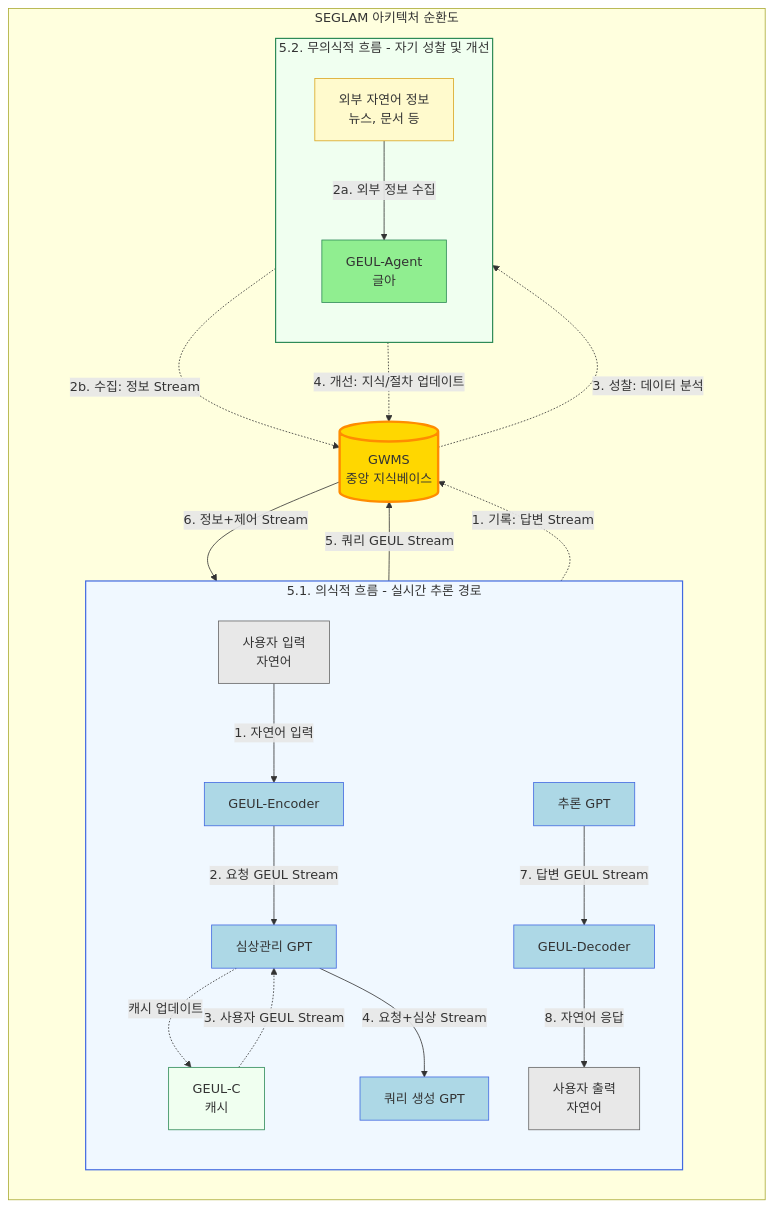
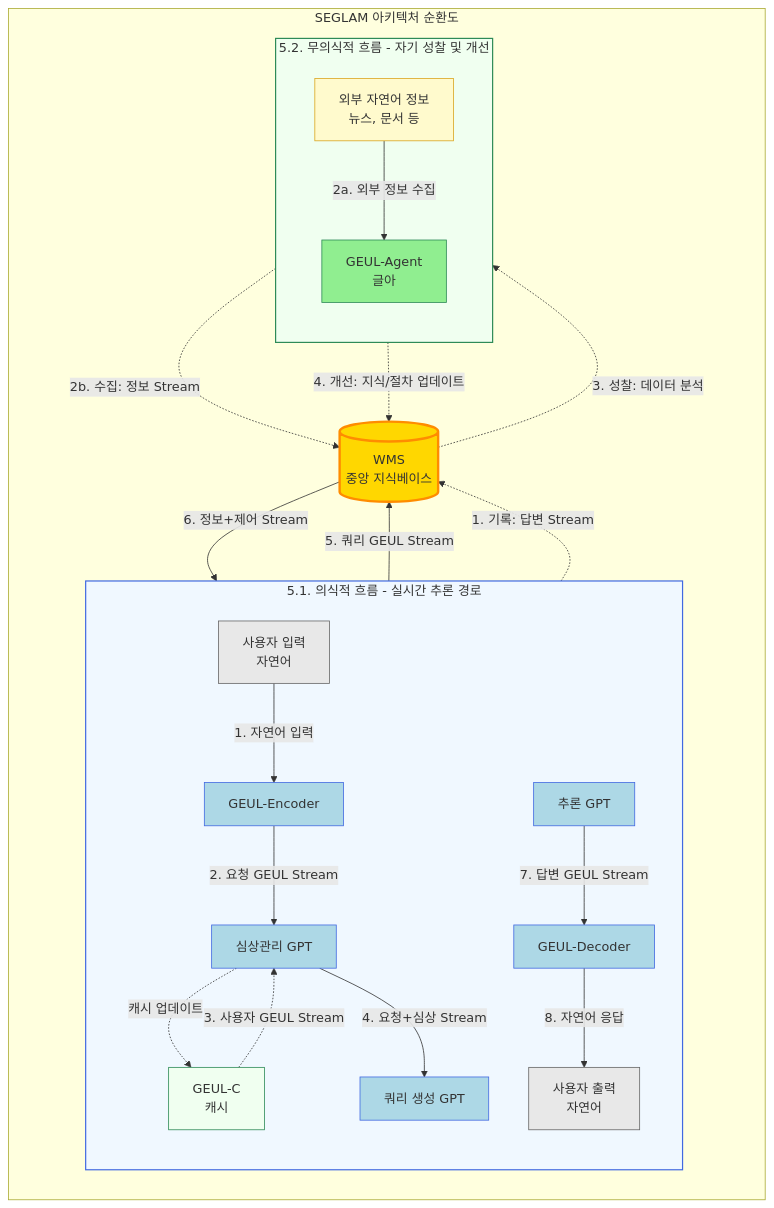
The diagram in docs/GEUL 개요서.md (park-jun-woo/geul), drawn with Mermaid before and after one commit. The commit also changed other lines of this file and 41 other files, not shown here.

Commit message:
GWMS → WMS 용어 변경

````diff
--- a/docs/GEUL 개요서.md
+++ b/docs/GEUL 개요서.md
@@ -133,63 +133,63 @@
 ```mermaid
 graph TD
     %% 전체 레이아웃
     subgraph cluster_seglam ["SEGLAM 아키텍처 순환도"]
         direction TB
 
         %% 5.1. 의식적 흐름 - 실시간 추론 경로
         subgraph cluster_conscious ["5.1. 의식적 흐름 - 실시간 추론 경로"]
             direction TB
             style cluster_conscious fill:#f0f8ff,stroke:#4169e1,stroke-width:1.5px
 
             user_in["사용자 입력<br/>자연어"] -->|"1. 자연어 입력"| encoder["GEUL-Encoder"]
             encoder -->|"2. 요청 GEUL Stream"| simsang["심상관리 GPT"]
             
             geul_c["GEUL-C<br/>캐시"] -.->|"3. 사용자 GEUL Stream"| simsang
             simsang -.->|"캐시 업데이트"| geul_c
 
             simsang -->|"4. 요청+심상 Stream"| query["쿼리 생성 GPT"]
             inference["추론 GPT"] -->|"7. 답변 GEUL Stream"| decoder["GEUL-Decoder"]
             decoder -->|"8. 자연어 응답"| user_out["사용자 출력<br/>자연어"]
 
             %% 노드 스타일
             style user_in fill:#e8e8e8,stroke:#666
             style user_out fill:#e8e8e8,stroke:#666
             style encoder fill:#add8e6,stroke:#4169e1
             style simsang fill:#add8e6,stroke:#4169e1
             style query fill:#add8e6,stroke:#4169e1
             style inference fill:#add8e6,stroke:#4169e1
             style decoder fill:#add8e6,stroke:#4169e1
             style geul_c fill:#f0fff0,stroke:#2e8b57
         end
 
         %% 5.2. 무의식적 흐름 - 자기 성찰 및 개선
         subgraph cluster_unconscious ["5.2. 무의식적 흐름 - 자기 성찰 및 개선"]
             direction TB
             style cluster_unconscious fill:#f0fff0,stroke:#2e8b57,stroke-width:1.5px
 
             external["외부 자연어 정보<br/>뉴스, 문서 등"] -->|"2a. 외부 정보 수집"| agent["GEUL-Agent<br/>글아"]
             
             %% 노드 스타일
             style external fill:#fffacd,stroke:#daa520
             style agent fill:#90ee90,stroke:#2e8b57
         end
 
-        %% 중앙 GWMS
-        GWMS[("GWMS<br/>중앙 지식베이스")]
+        %% 중앙 WMS
+        WMS[("WMS<br/>중앙 지식베이스")]
 
         %% 클러스터 간 연결
         
-        %% 의식적 흐름과 GWMS 연결
-        query -->|"5. 쿼리 GEUL Stream"| GWMS
-        GWMS -->|"6. 정보+제어 Stream"| inference
+        %% 의식적 흐름과 WMS 연결
+        query -->|"5. 쿼리 GEUL Stream"| WMS
+        WMS -->|"6. 정보+제어 Stream"| inference
 
-        %% 무의식적 흐름과 GWMS 연결
-        inference -.->|"1. 기록: 답변 Stream"| GWMS
-        agent -.->|"2b. 수집: 정보 Stream"| GWMS
-        GWMS -.->|"3. 성찰: 데이터 분석"| agent
-        agent -.->|"4. 개선: 지식/절차 업데이트"| GWMS
+        %% 무의식적 흐름과 WMS 연결
+        inference -.->|"1. 기록: 답변 Stream"| WMS
+        agent -.->|"2b. 수집: 정보 Stream"| WMS
+        WMS -.->|"3. 성찰: 데이터 분석"| agent
+        agent -.->|"4. 개선: 지식/절차 업데이트"| WMS
 
-        %% GWMS 스타일
-        style GWMS fill:#ffd700,stroke:#ff8c00,stroke-width:3px
+        %% WMS 스타일
+        style WMS fill:#ffd700,stroke:#ff8c00,stroke-width:3px
     end
 ```
````
